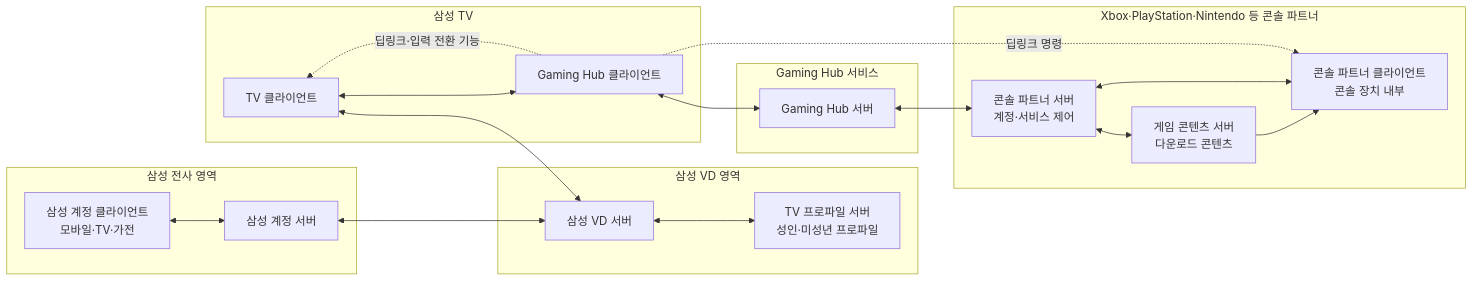
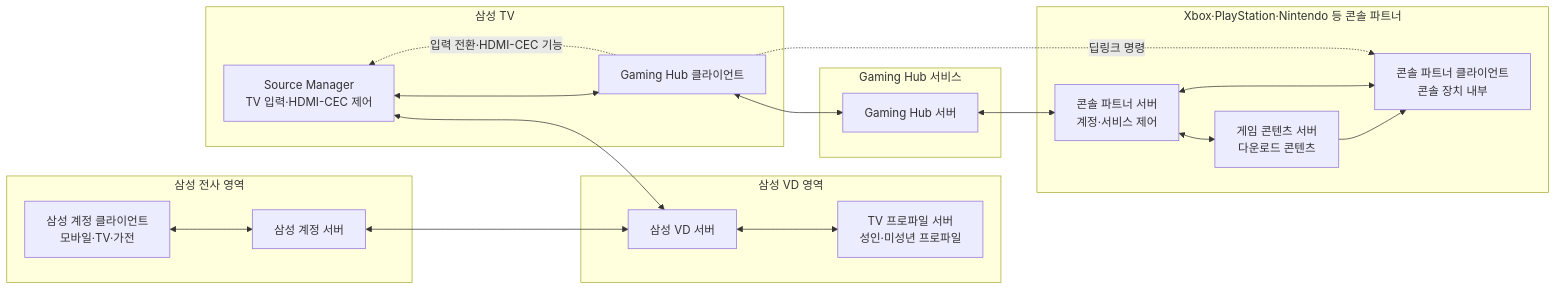
Before and after one commit to seock04/gaming-hub-console-content: the third of 5 diagrams in docs/decision-point-2-architecture.md, drawn with Mermaid. The commit also changed other lines of this file, not shown here.

Commit message:
Rename TV control module to Source Manager

````diff
--- a/docs/decision-point-2-architecture.md
+++ b/docs/decision-point-2-architecture.md
@@ -258,40 +258,40 @@
 ```mermaid
 flowchart LR
     subgraph Enterprise[삼성 전사 영역]
         AccountClient[삼성 계정 클라이언트\n모바일·TV·가전]
         AccountServer[삼성 계정 서버]
     end
 
     subgraph VD[삼성 VD 영역]
         VDServer[삼성 VD 서버]
         ProfileServer[TV 프로파일 서버\n성인·미성년 프로파일]
     end
 
     subgraph TV[삼성 TV]
-        TVClient[TV 클라이언트]
+        SourceManager[Source Manager\nTV 입력·HDMI-CEC 제어]
         HubClient[Gaming Hub 클라이언트]
     end
 
     subgraph Hub[Gaming Hub 서비스]
         HubServer[Gaming Hub 서버]
     end
 
     subgraph Partner[Xbox·PlayStation·Nintendo 등 콘솔 파트너]
         PartnerServer[콘솔 파트너 서버\n계정·서비스 제어]
         ContentServer[게임 콘텐츠 서버\n다운로드 콘텐츠]
         ConsoleClient[콘솔 파트너 클라이언트\n콘솔 장치 내부]
     end
 
     AccountClient <--> AccountServer
     AccountServer <--> VDServer
-    TVClient <--> VDServer
+    SourceManager <--> VDServer
     VDServer <--> ProfileServer
-    TVClient <--> HubClient
+    SourceManager <--> HubClient
     HubClient <--> HubServer
     HubServer <--> PartnerServer
     PartnerServer <--> ContentServer
     PartnerServer <--> ConsoleClient
     ContentServer --> ConsoleClient
-    HubClient -. "딥링크·입력 전환 기능" .-> TVClient
+    HubClient -. "입력 전환·HDMI-CEC 기능" .-> SourceManager
     HubClient -. "딥링크 명령" .-> ConsoleClient
 ```
````
